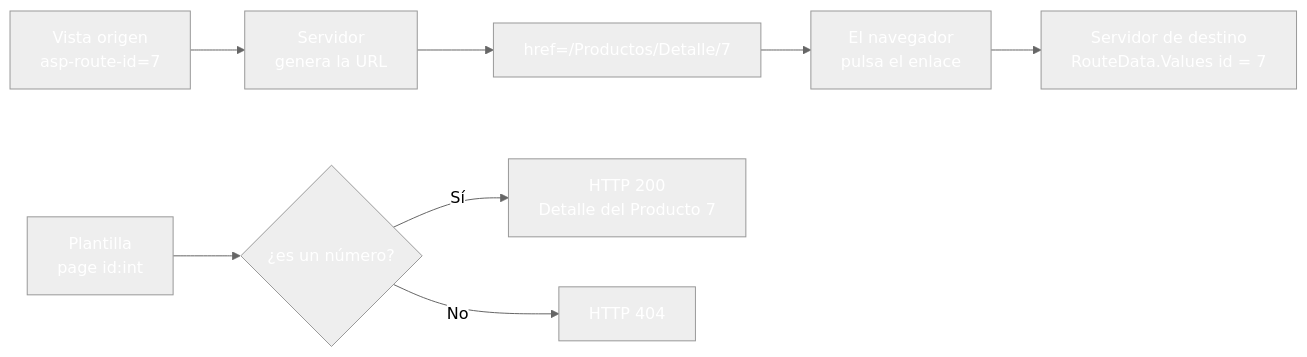
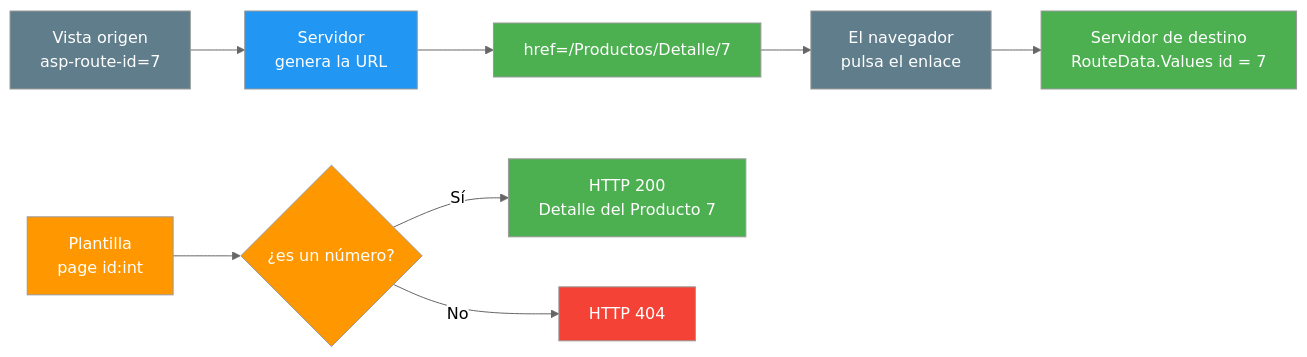
The second of 5 diagrams in 06-taghelpers.md (joseluisgs/DesarrolloWebEntornosServidor-03-2026-2027), drawn with Mermaid (neutral theme) before and after one commit. The commit also changed other lines of this file and 25 other files, not shown here.

Commit message:
docs: corregir los estilos Mermaid de los temas y alinear el dominio del tema 25 con ProductosApp

````diff
--- a/06-taghelpers.md
+++ b/06-taghelpers.md
@@ -136,21 +136,21 @@
 ```mermaid
 graph LR
     A["Vista origen<br/>asp-route-id=7"] --> B["Servidor<br/>genera la URL"]
     B --> C["href=/Productos/Detalle/7"]
     C --> D["El navegador<br/>pulsa el enlace"]
     D --> E["Servidor de destino<br/>RouteData.Values id = 7"]
 
     F["Plantilla<br/>page id:int"] --> G{"¿es un número?"}
     G -->|Sí| H["HTTP 200<br/>Detalle del Producto 7"]
     G -->|No| I["HTTP 404"]
 
-    style A fill:#607D8,color:#fffB,color:#fff
-    style B fill:#2196F,color:#fff3,color:#fff
-    style C fill:#4CAF5,color:#fff0,color:#fff
-    style D fill:#607D8,color:#fffB,color:#fff
-    style E fill:#4CAF5,color:#fff0,color:#fff
-    style F fill:#FF980,color:#fff0,color:#fff
-    style G fill:#FF980,color:#fff0,color:#fff
-    style H fill:#4CAF5,color:#fff0,color:#fff
-    style I fill:#f4433,color:#fff6,color:#fff
+    style A fill:#607D8B,color:#fff
+    style B fill:#2196F3,color:#fff
+    style C fill:#4CAF50,color:#fff
+    style D fill:#607D8B,color:#fff
+    style E fill:#4CAF50,color:#fff
+    style F fill:#FF9800,color:#fff
+    style G fill:#FF9800,color:#fff
+    style H fill:#4CAF50,color:#fff
+    style I fill:#f44336,color:#fff
 ```
````
